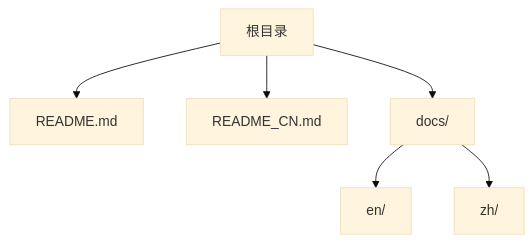
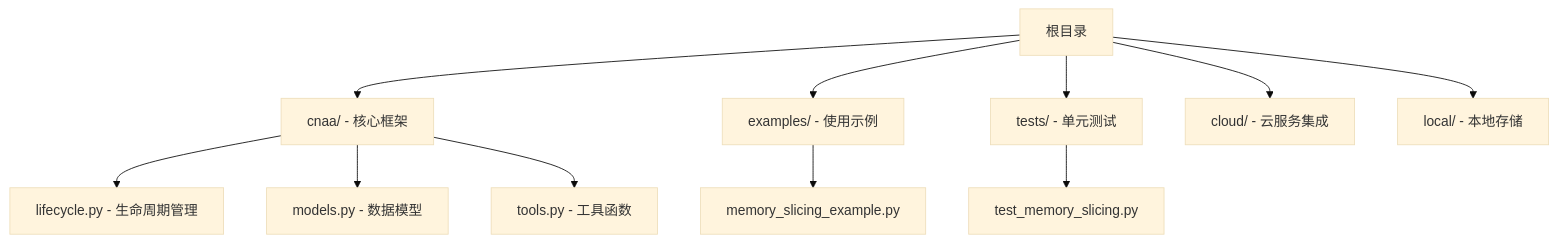
Before and after one commit to lgx236/CNAA-Cloud-Native-Agent-Architecture-: the first of 9 diagrams in .qoder/repowiki/zh/content/开发指南/插件开发指南/插件生命周期管理.md, drawn with Mermaid (base theme). The commit also changed other lines of this file and 98 other files, not shown here.

Commit message:
feat: Add cloud-local distributed architecture configuration & deployment docs

````diff
--- a/.qoder/repowiki/zh/content/开发指南/插件开发指南/插件生命周期管理.md
+++ b/.qoder/repowiki/zh/content/开发指南/插件开发指南/插件生命周期管理.md
@@ -33,8 +46,13 @@
 ```mermaid
 graph TB
-A["根目录"] --> B["README.md"]
-A --> C["README_CN.md"]
-A --> D["docs/"]
-D --> E["en/"]
-D --> F["zh/"]
+A["根目录"] --> B["cnaa/ - 核心框架"]
+A --> C["examples/ - 使用示例"]
+A --> D["tests/ - 单元测试"]
+A --> E["cloud/ - 云服务集成"]
+A --> F["local/ - 本地存储"]
+B --> G["lifecycle.py - 生命周期管理"]
+B --> H["models.py - 数据模型"]
+B --> I["tools.py - 工具函数"]
+C --> J["memory_slicing_example.py"]
+D --> K["test_memory_slicing.py"]
 ```
````
